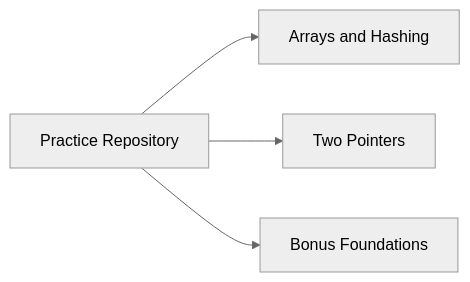
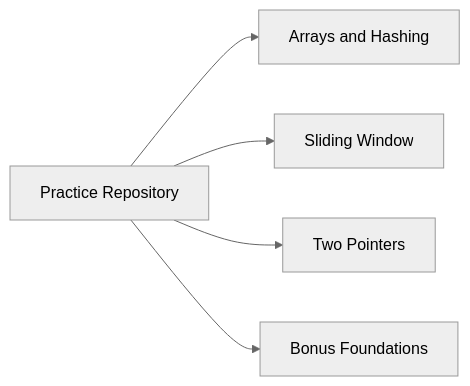
The second of 2 diagrams in README.md (halcyon-past/SDE_PRACTICE_SHEET-MASTERY), drawn with Mermaid (neutral theme) before and after one commit. The commit also changed other lines of this file and 1 other file, not shown here.

````diff
--- a/README.md
+++ b/README.md
@@ -29,7 +30,8 @@
 ```mermaid
 graph LR
     A[Practice Repository]
     A --> T1[Arrays and Hashing]
-    A --> T2[Two Pointers]
+    A --> T2[Sliding Window]
+    A --> T3[Two Pointers]
     A --> B0[Bonus Foundations]
 ```
````
